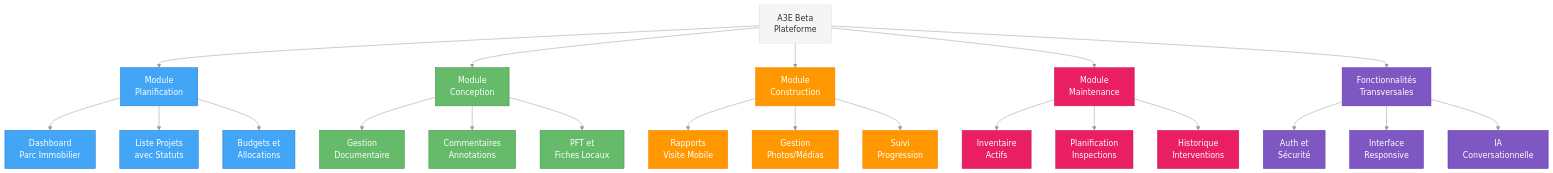
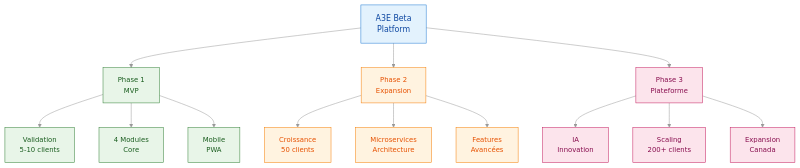
The seventh of 9 diagrams in project/6_product_specifications/PRD_MASTER.md (MacroMan5/project_a3e_beta), drawn with Mermaid before and after one commit. The commit also changed other lines of this file and 16 other files, not shown here.

````diff
--- a/project/6_product_specifications/PRD_MASTER.md
+++ b/project/6_product_specifications/PRD_MASTER.md
@@ -298,41 +253,29 @@
 ```mermaid
-%%{init: {'theme': 'base', 'themeVariables': { 'primaryColor': '#f5f5f5', 'lineColor': '#999'}}}%%
+%%{init: {'theme': 'base', 'themeVariables': { 'primaryColor': '#f5f5f5', 'lineColor': '#999', 'fontFamily': 'Roboto, sans-serif'}}}%%
 graph TD
-    classDef plan fill:#42A5F5,stroke:#1976D2,color:white
-    classDef concept fill:#66BB6A,stroke:#388E3C,color:white
-    classDef construct fill:#FF9800,stroke:#F57C00,color:white
-    classDef maintain fill:#E91E63,stroke:#C2185B,color:white
-    classDef transverse fill:#7E57C2,stroke:#5E35B1,color:white
-
-    App[A3E Beta<br/>Plateforme] --> PLN[Module<br/>Planification]
-    App --> CON[Module<br/>Conception]
-    App --> CONS[Module<br/>Construction]
-    App --> MAINT[Module<br/>Maintenance]
-    App --> TRANS[Fonctionnalités<br/>Transversales]
+    A3E[A3E Beta<br/>Platform] --> P1[Phase 1<br/>MVP]
+    A3E --> P2[Phase 2<br/>Expansion]  
+    A3E --> P3[Phase 3<br/>Plateforme]
     
-    PLN --> PLN1[Dashboard<br/>Parc Immobilier]
-    PLN --> PLN2[Liste Projets<br/>avec Statuts]
-    PLN --> PLN3[Budgets et<br/>Allocations]
+    P1 --> P1A[Validation<br/>5-10 clients]
+    P1 --> P1B[4 Modules<br/>Core]
+    P1 --> P1C[Mobile<br/>PWA]
     
-    CON --> CON1[Gestion<br/>Documentaire]
-    CON --> CON2[Commentaires<br/>Annotations]
-    CON --> CON3[PFT et<br/>Fiches Locaux]
+    P2 --> P2A[Croissance<br/>50 clients]
+    P2 --> P2B[Microservices<br/>Architecture]
+    P2 --> P2C[Features<br/>Avancées]
     
-    CONS --> CONS1[Rapports<br/>Visite Mobile]
-    CONS --> CONS2[Gestion<br/>Photos/Médias]
-    CONS --> CONS3[Suivi<br/>Progression]
+    P3 --> P3A[IA<br/>Innovation]
+    P3 --> P3B[Scaling<br/>200+ clients]
+    P3 --> P3C[Expansion<br/>Canada]
     
-    MAINT --> MAINT1[Inventaire<br/>Actifs]
-    MAINT --> MAINT2[Planification<br/>Inspections]
-    MAINT --> MAINT3[Historique<br/>Interventions]
+    classDef platform fill:#E3F2FD,stroke:#1976D2,color:#0D47A1,font-size:16px
+    classDef phase1 fill:#E8F5E8,stroke:#2E7D32,color:#1B5E20,font-size:14px
+    classDef phase2 fill:#FFF3E0,stroke:#F57C00,color:#E65100,font-size:14px
+    classDef phase3 fill:#FCE4EC,stroke:#C2185B,color:#880E4F,font-size:14px
     
-    TRANS --> TRANS1[Auth et<br/>Sécurité]
-    TRANS --> TRANS2[Interface<br/>Responsive]
-    TRANS --> TRANS3[IA<br/>Conversationnelle]
-    
-    class PLN,PLN1,PLN2,PLN3 plan
-    class CON,CON1,CON2,CON3 concept
-    class CONS,CONS1,CONS2,CONS3 construct
-    class MAINT,MAINT1,MAINT2,MAINT3 maintain
-    class TRANS,TRANS1,TRANS2,TRANS3 transverse
+    class A3E platform
+    class P1,P1A,P1B,P1C phase1
+    class P2,P2A,P2B,P2C phase2
+    class P3,P3A,P3B,P3C phase3
 ```
````
